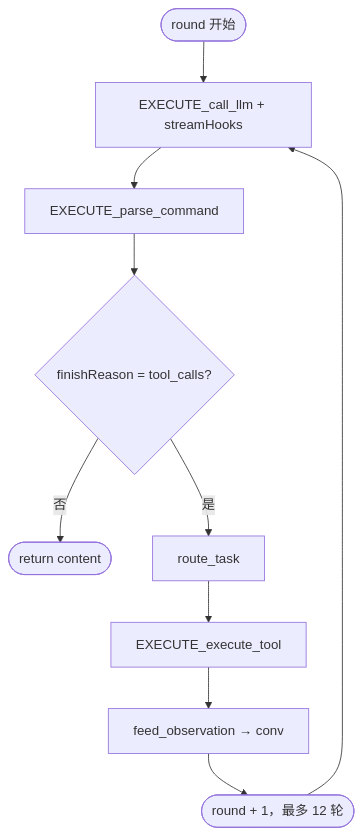
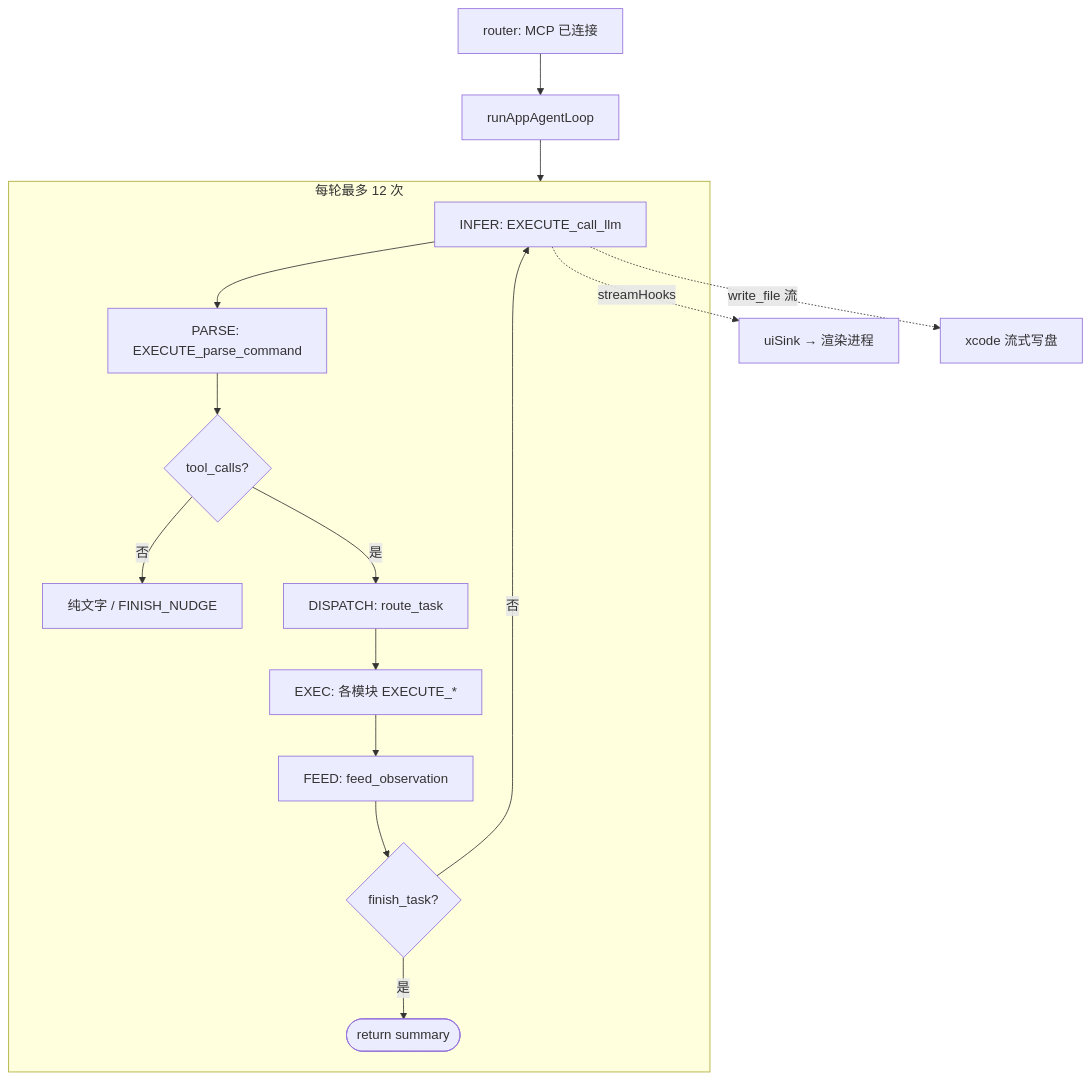
The first of 2 diagrams in src/agent-loop/README.md (SCSHICHUAN/Pecado), drawn with Mermaid before and after one commit. The commit also changed other lines of this file and 43 other files, not shown here.

````diff
--- a/src/agent-loop/README.md
+++ b/src/agent-loop/README.md
@@ -92,12 +11,21 @@
 ```mermaid
 flowchart TB
-  START([round 开始]) --> INFER[EXECUTE_call_llm + streamHooks]
-  INFER --> PARSE[EXECUTE_parse_command]
-  PARSE --> DEC{finishReason = tool_calls?}
-  DEC -->|否| DONE([return content])
-  DEC -->|是| DISPATCH[route_task]
-  DISPATCH --> EXEC[EXECUTE_execute_tool]
-  EXEC --> FEED[feed_observation → conv]
-  FEED --> NEXT([round + 1，最多 12 轮])
-  NEXT --> INFER
+  R[router: MCP 已连接] --> L[runAppAgentLoop]
+
+  subgraph round [每轮最多 12 次]
+    INFER[INFER: EXECUTE_call_llm] --> PARSE[PARSE: EXECUTE_parse_command]
+    PARSE --> Q{tool_calls?}
+    Q -->|否| ENDTXT[纯文字 / FINISH_NUDGE]
+    Q -->|是| DISPATCH[DISPATCH: route_task]
+    DISPATCH --> EXEC[EXEC: 各模块 EXECUTE_*]
+    EXEC --> FEED[FEED: feed_observation]
+    FEED --> FT{finish_task?}
+    FT -->|是| DONE([return summary])
+    FT -->|否| INFER
+  end
+
+  L --> round
+
+  INFER -.->|streamHooks| UI[uiSink → 渲染进程]
+  INFER -.->|write_file 流| Xcode[xcode 流式写盘]
 ```
````
